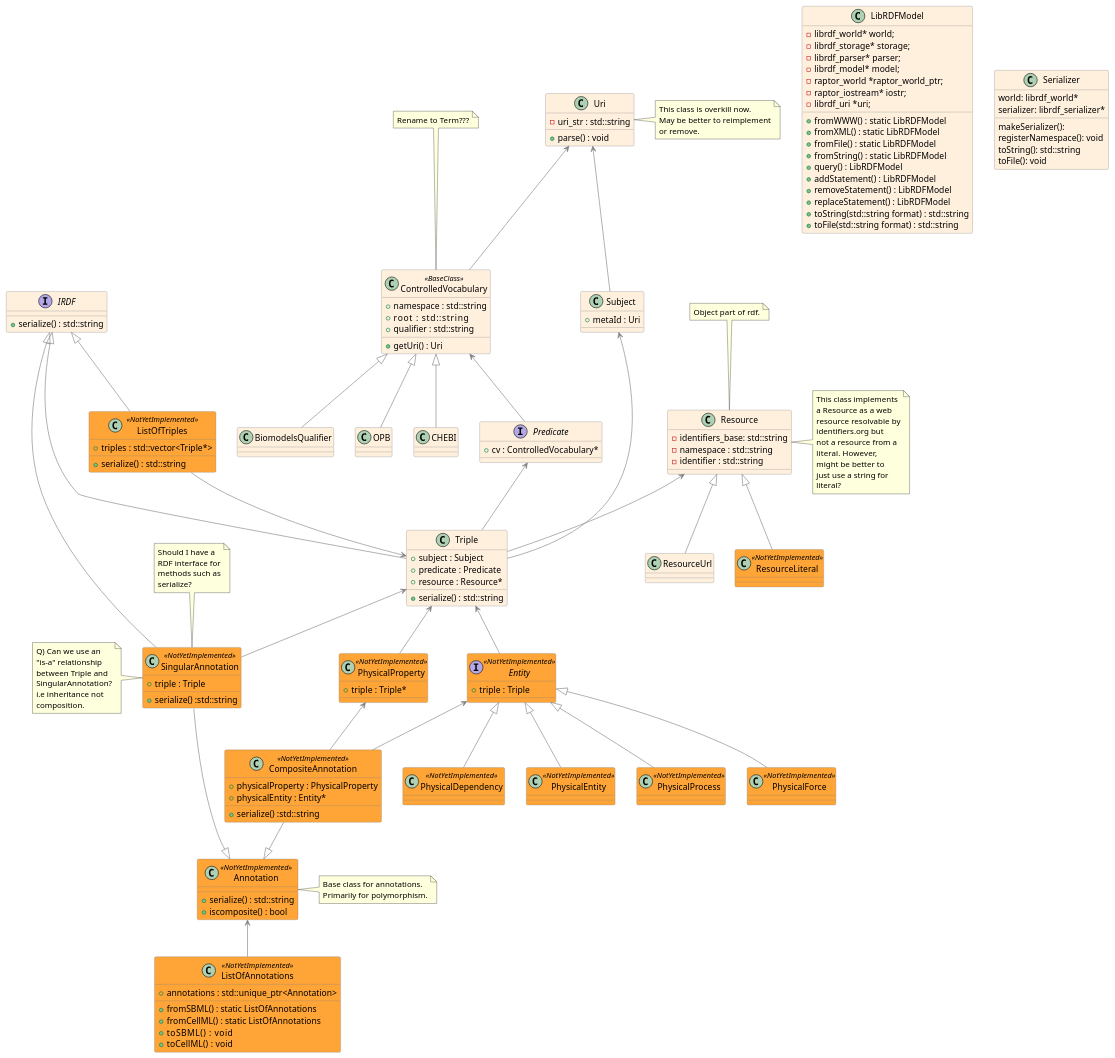
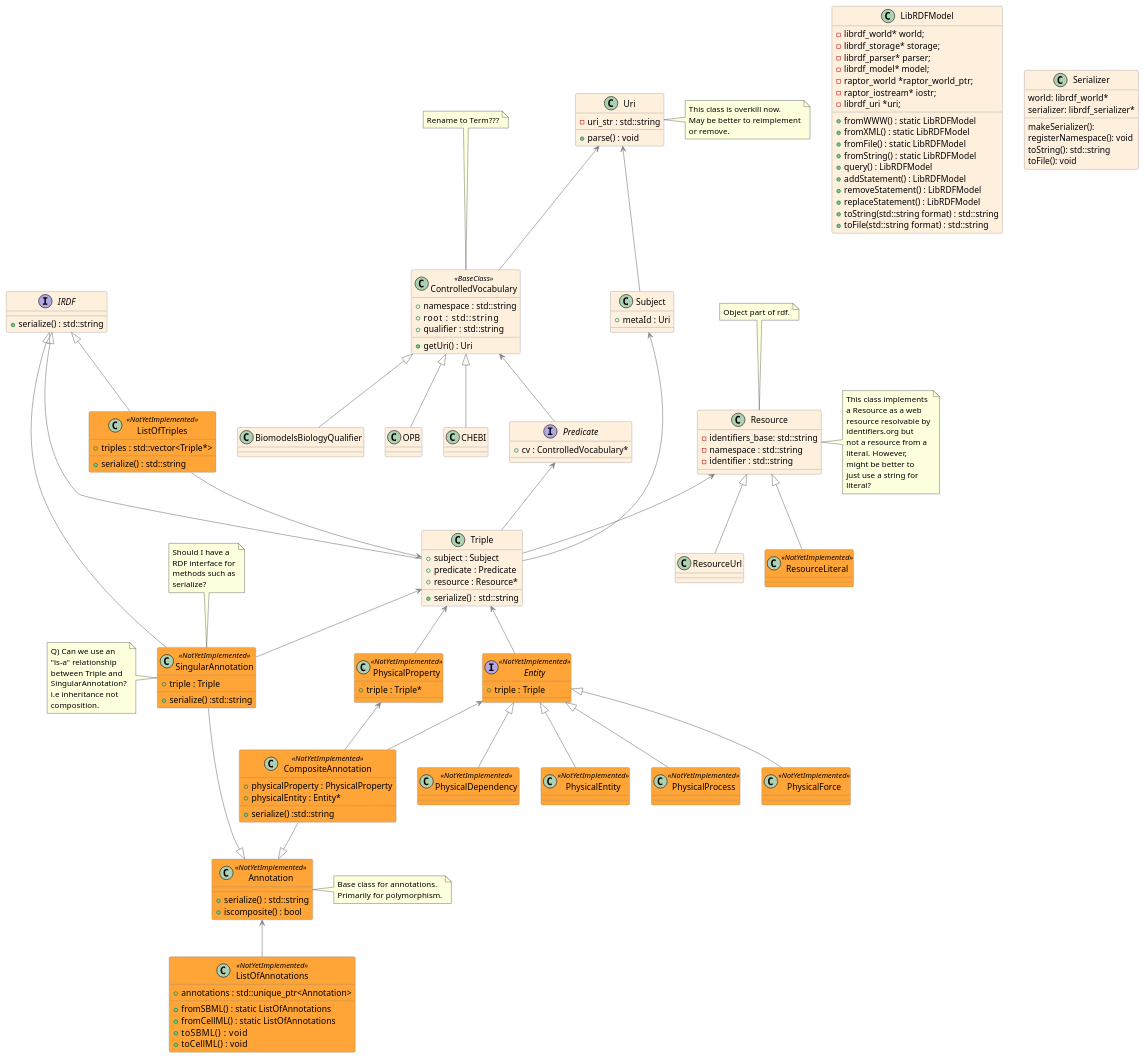
Before and after one commit to sys-bio/libOmexMeta: the diagram in Design/CiaransDesign.puml, drawn with PlantUML. The commit also changed 23 other files, not shown here.

```diff
--- a/Design/CiaransDesign.puml
+++ b/Design/CiaransDesign.puml
@@ -38,7 +38,7 @@
 ControlledVocabulary <-- Predicate
 Uri <-- ControlledVocabulary
 
-class BiomodelsQualifier {}
+class BiomodelsBiologyQualifier {}
 class OPB {}
 class CHEBI {}
 
@@ -188,7 +188,7 @@
 Subject <-- Triple
 Predicate <-- Triple
 Resource <-- Triple
-ControlledVocabulary <|-- BiomodelsQualifier
+ControlledVocabulary <|-- BiomodelsBiologyQualifier
 ControlledVocabulary <|-- OPB
 ControlledVocabulary <|-- CHEBI
 Resource <|-- ResourceUrl
```
